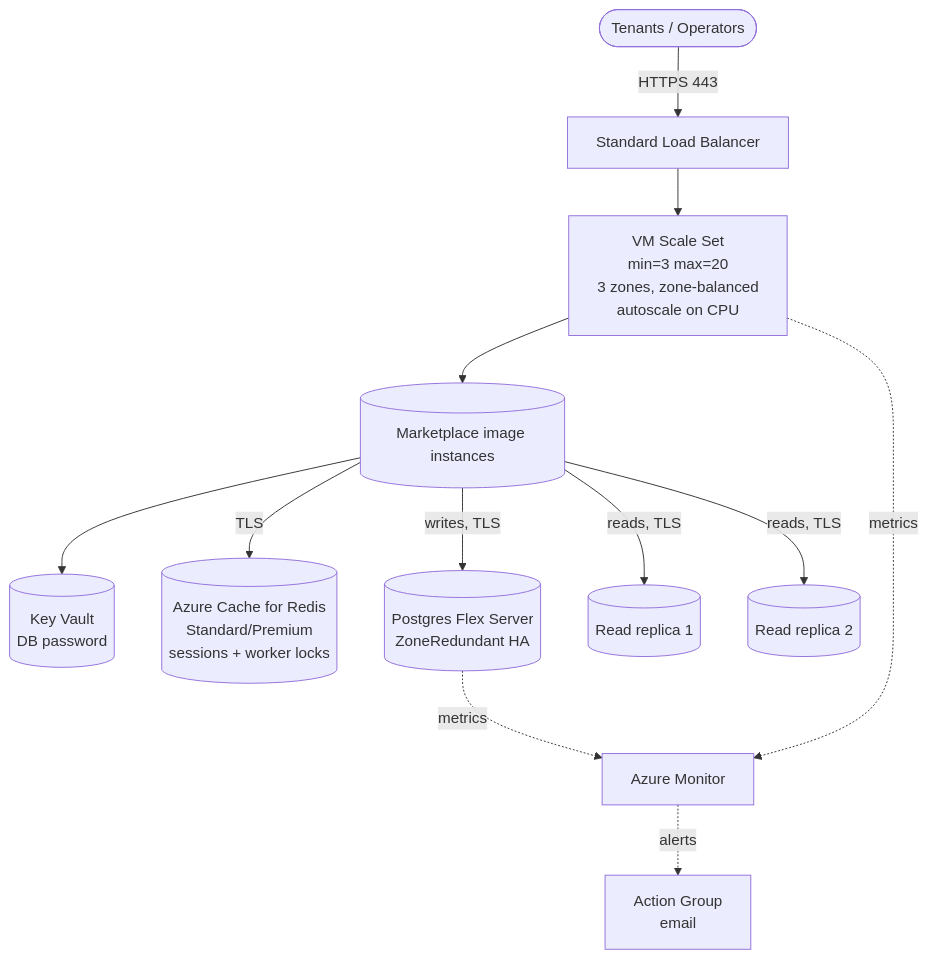
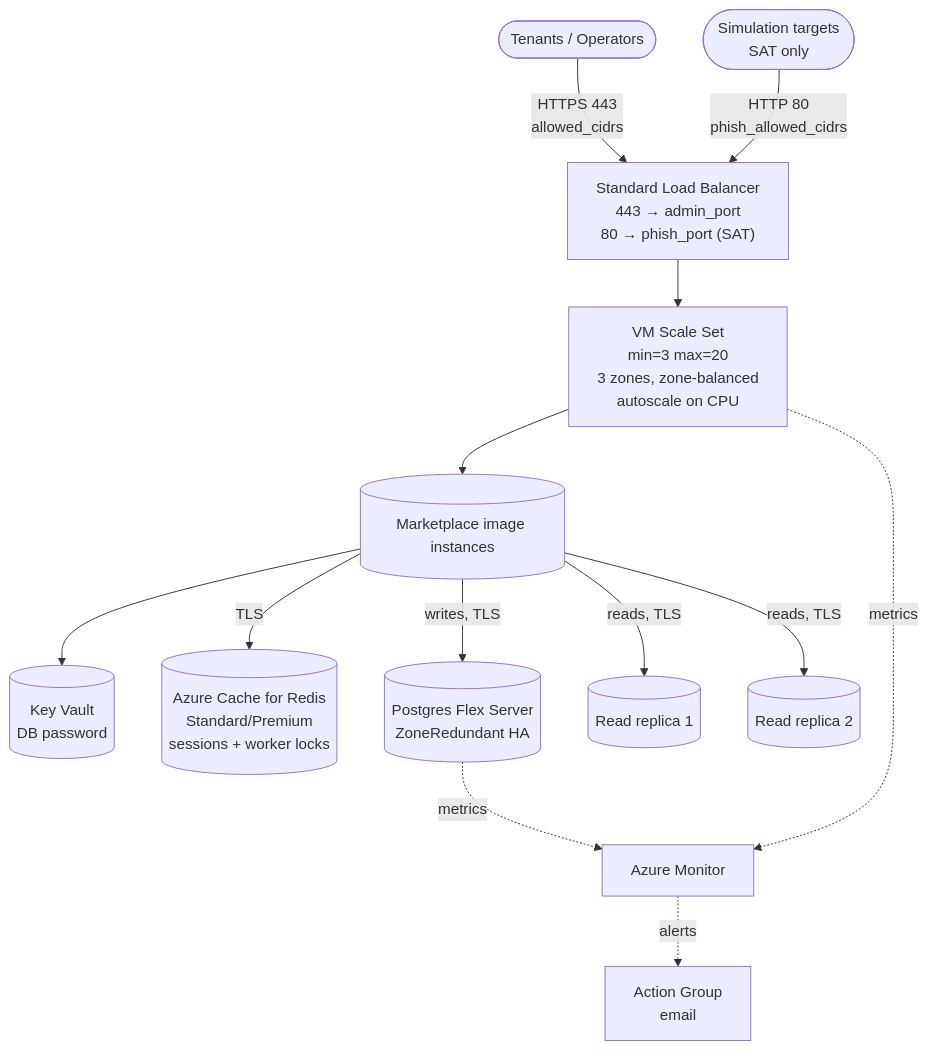
Before and after one commit to HailBytes/hailbytes-terraform-modules: the diagram in modules/unlimited-scale/azure/README.md, drawn with Mermaid. The commit also changed other lines of this file and 29 other files, not shown here.

First line of the commit message:
feat: give SAT a phishing frontend on every tier, and fix the AWS HA admin hop (#95)

````diff
--- a/modules/unlimited-scale/azure/README.md
+++ b/modules/unlimited-scale/azure/README.md
@@ -10,14 +10,15 @@
 ```mermaid
 flowchart TB
-    User([Tenants / Operators]) -->|HTTPS 443| LB[Standard Load Balancer]
+    User([Tenants / Operators]) -->|"HTTPS 443<br/>allowed_cidrs"| LB["Standard Load Balancer<br/>443 → admin_port<br/>80 → phish_port (SAT)"]
+    Target([Simulation targets<br/>SAT only]) -->|"HTTP 80<br/>phish_allowed_cidrs"| LB
     LB --> VMSS[VM Scale Set<br/>min=3 max=20<br/>3 zones, zone-balanced<br/>autoscale on CPU]
     VMSS --> VMs[(Marketplace image instances)]
     VMs --> KV[(Key Vault<br/>DB password)]
     VMs -->|TLS| RC[(Azure Cache for Redis<br/>Standard/Premium<br/>sessions + worker locks)]
     VMs -->|writes, TLS| DBP[(Postgres Flex Server<br/>ZoneRedundant HA)]
     VMs -->|reads, TLS| DBR1[(Read replica 1)]
     VMs -->|reads, TLS| DBR2[(Read replica 2)]
     VMSS -.metrics.-> Mon[Azure Monitor]
     DBP -.metrics.-> Mon
     Mon -.alerts.-> AG[Action Group<br/>email]
 ```
````
